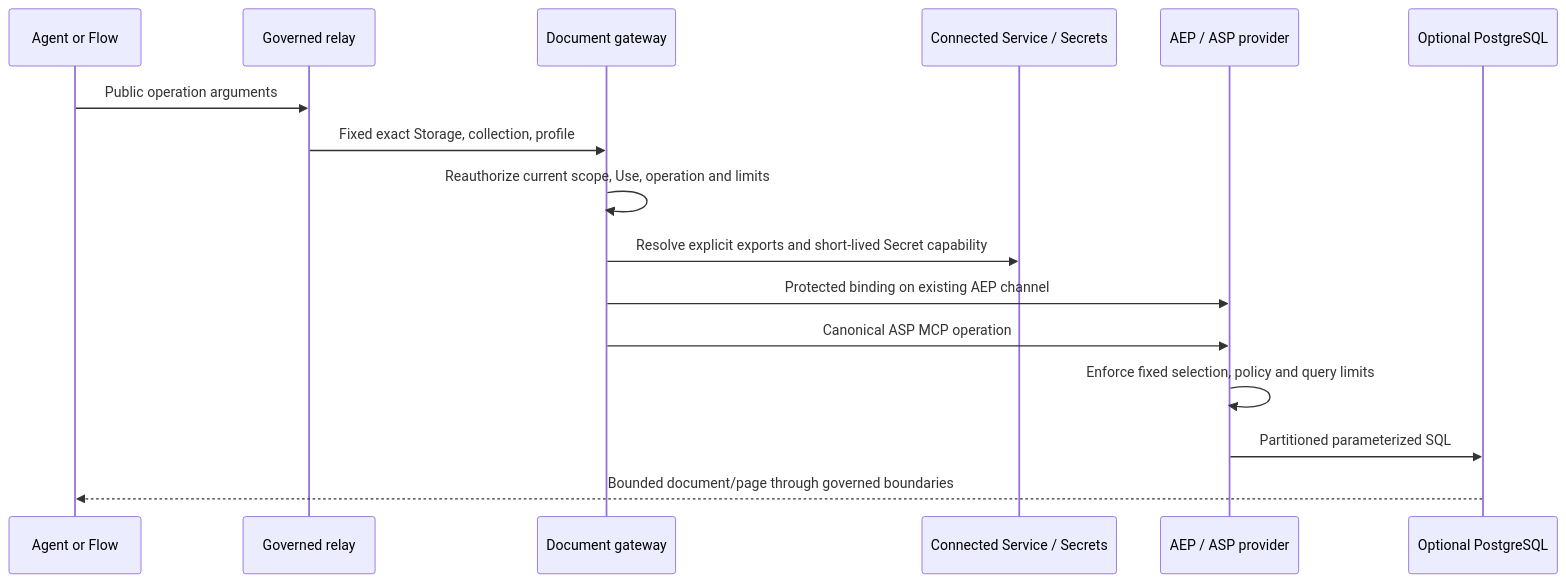
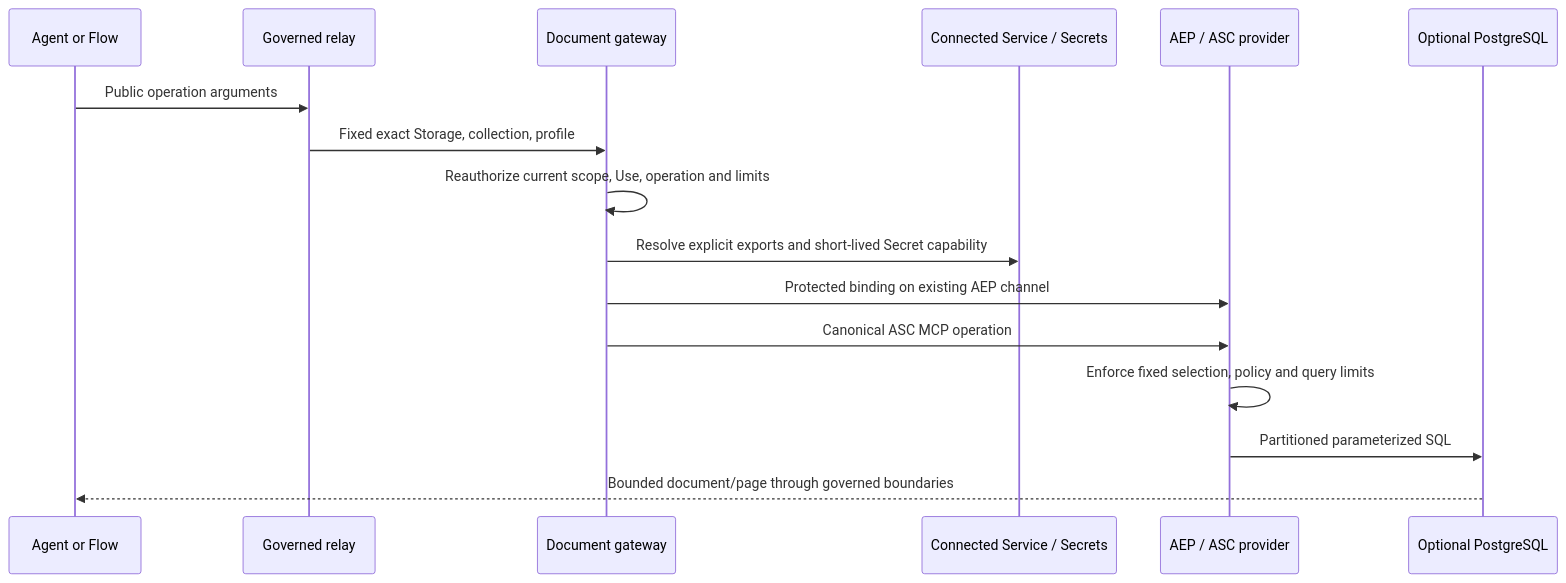
The diagram in docs/reference/structured-documents.md (gbaudrit/agentstration), drawn with Mermaid before and after one commit. The commit also changed other lines of this file and 212 other files, not shown here.

Commit message:
refactor(storage): adopt ASC naming and versioned MCP contract identity

````diff
--- a/docs/reference/structured-documents.md
+++ b/docs/reference/structured-documents.md
@@ -25,18 +25,18 @@
 ```mermaid
 sequenceDiagram
     participant Caller as Agent or Flow
     participant Tool as Governed relay
     participant Product as Document gateway
     participant Service as Connected Service / Secrets
-    participant Extension as AEP / ASP provider
+    participant Extension as AEP / ASC provider
     participant Database as Optional PostgreSQL
     Caller->>Tool: Public operation arguments
     Tool->>Product: Fixed exact Storage, collection, profile
     Product->>Product: Reauthorize current scope, Use, operation and limits
     Product->>Service: Resolve explicit exports and short-lived Secret capability
     Product->>Extension: Protected binding on existing AEP channel
-    Product->>Extension: Canonical ASP MCP operation
+    Product->>Extension: Canonical ASC MCP operation
     Extension->>Extension: Enforce fixed selection, policy and query limits
     Extension->>Database: Partitioned parameterized SQL
     Database-->>Caller: Bounded document/page through governed boundaries
 ```
````
